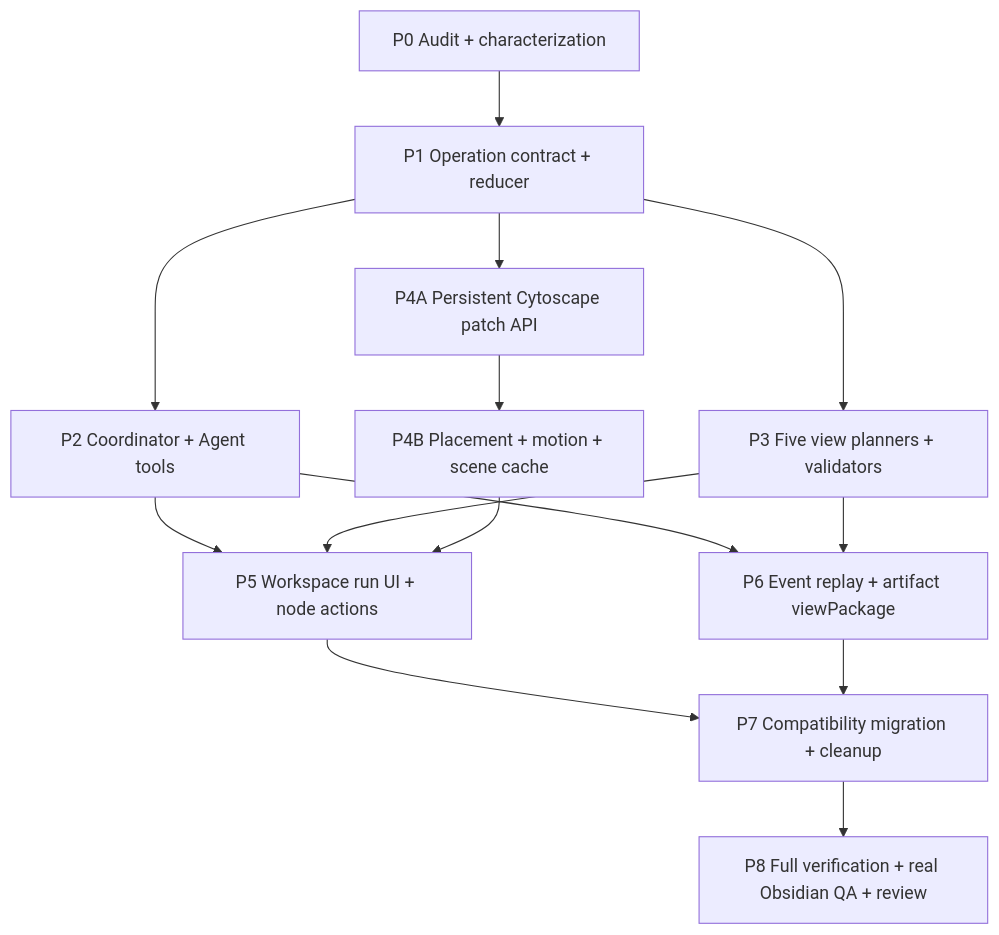
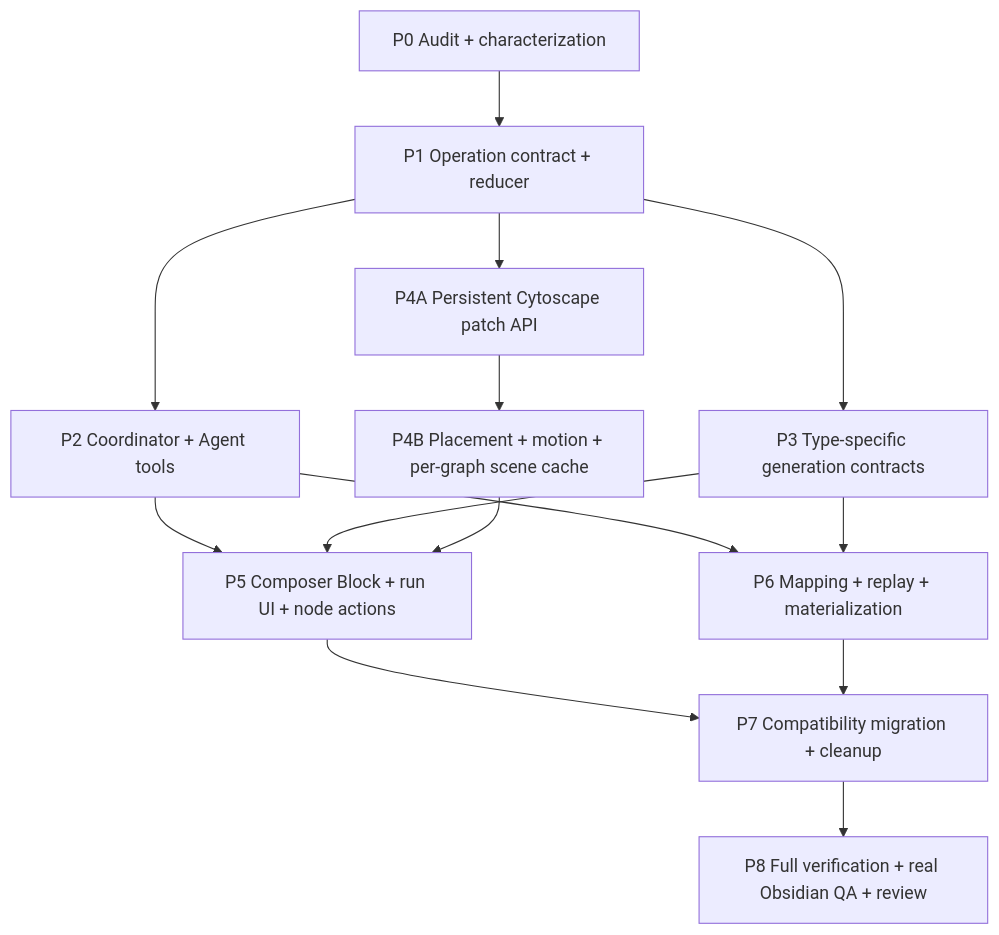
Before and after one commit to highestpeak/obsidian-peak-assistant: the diagram in docs/superpowers/plans/2026-08-13-ai-graph-agent-incremental-production-plan.md, drawn with Mermaid. The commit also changed other lines of this file and 2 other files, not shown here.

Commit message:
docs: finalize composer AI graph block design

````diff
--- a/docs/superpowers/plans/2026-08-13-ai-graph-agent-incremental-production-plan.md
+++ b/docs/superpowers/plans/2026-08-13-ai-graph-agent-incremental-production-plan.md
@@ -107,16 +120,16 @@
 ```mermaid
 flowchart TD
   P0["P0 Audit + characterization"] --> P1["P1 Operation contract + reducer"]
   P1 --> P2["P2 Coordinator + Agent tools"]
-  P1 --> P3["P3 Five view planners + validators"]
+  P1 --> P3["P3 Type-specific generation contracts"]
   P1 --> P4A["P4A Persistent Cytoscape patch API"]
-  P2 --> P5["P5 Workspace run UI + node actions"]
+  P2 --> P5["P5 Composer Block + run UI + node actions"]
   P3 --> P5
-  P4A --> P4B["P4B Placement + motion + scene cache"]
+  P4A --> P4B["P4B Placement + motion + per-graph scene cache"]
   P4B --> P5
-  P2 --> P6["P6 Event replay + artifact viewPackage"]
+  P2 --> P6["P6 Mapping + replay + materialization"]
   P3 --> P6
   P5 --> P7["P7 Compatibility migration + cleanup"]
   P6 --> P7
   P7 --> P8["P8 Full verification + real Obsidian QA + review"]
 ```
````
